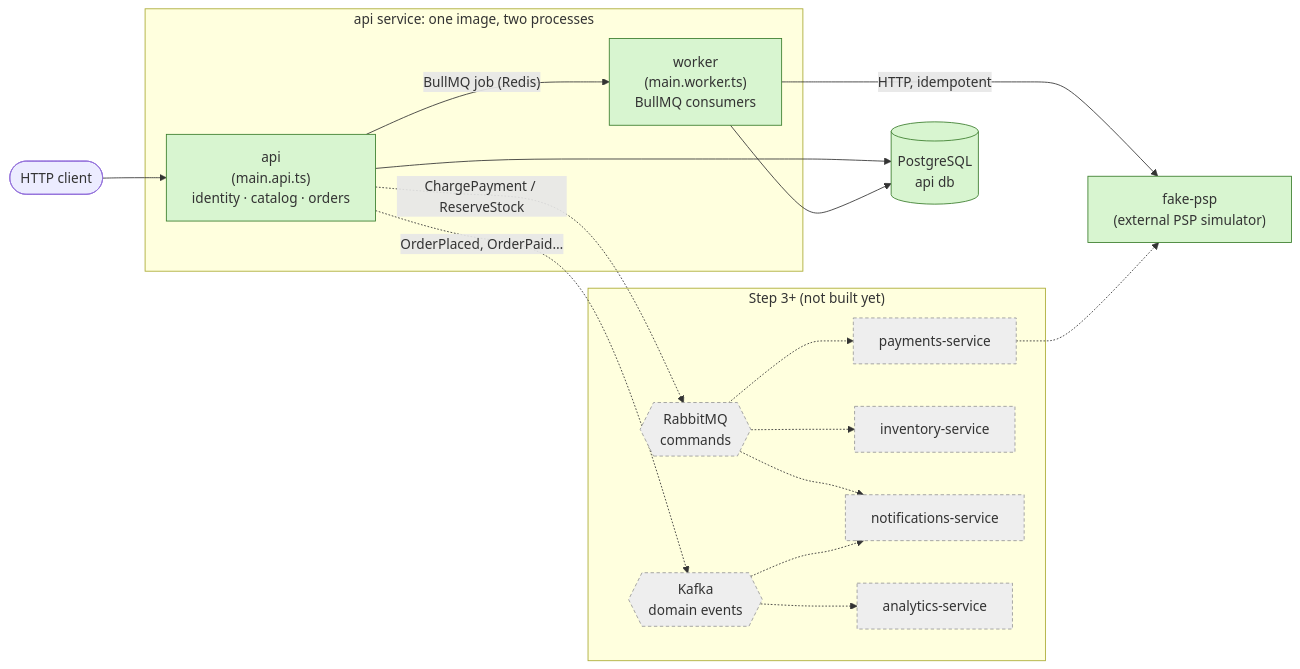
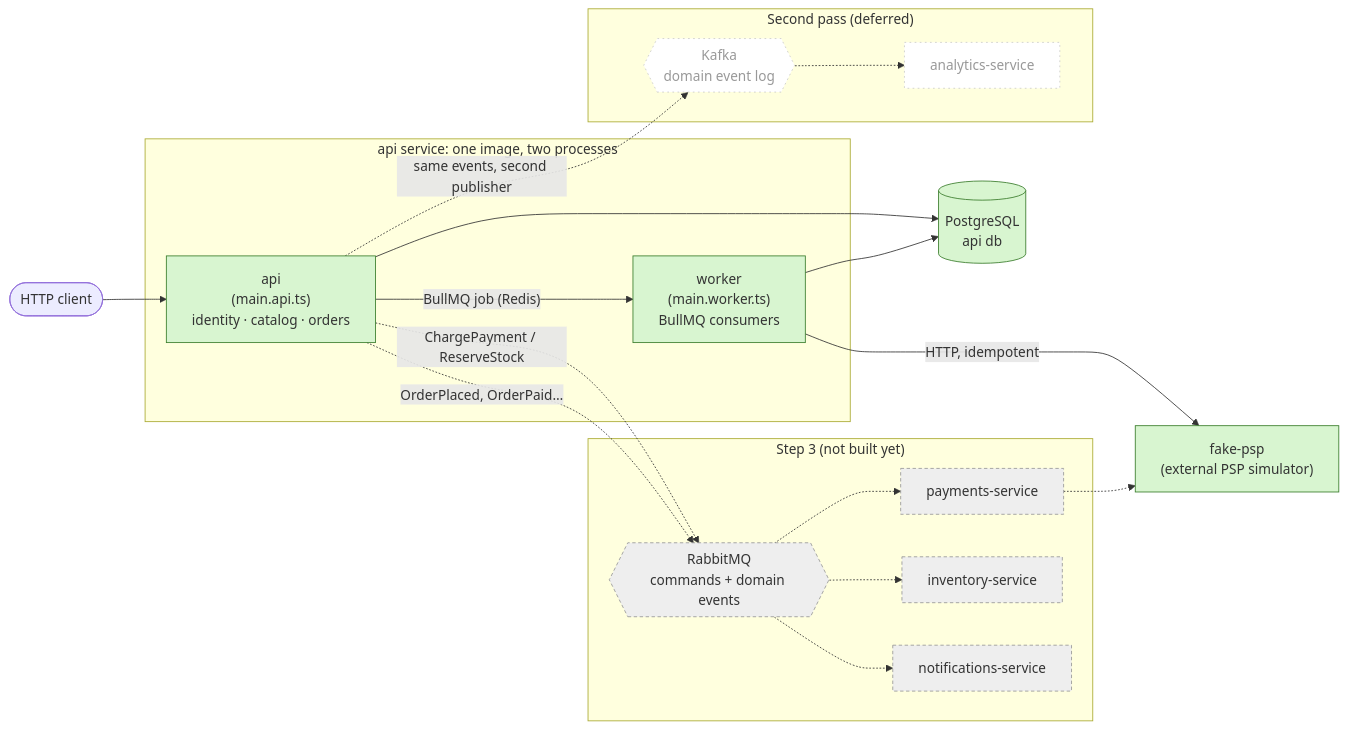
One commit to KarpAAA/order-management changed the first of 5 diagrams in docs/architecture.md. Above: the diagram before and after it, drawn with Mermaid. The commit also changed other lines of this file and 3 other files, not shown here.

Commit message:
docs: split the roadmap into a core pass and a second pass

````diff
--- a/docs/architecture.md
+++ b/docs/architecture.md
@@ -8,34 +8,40 @@
 ```mermaid
 flowchart LR
   client([HTTP client]) --> api
 
   subgraph apiSvc["api service: one image, two processes"]
     api["api<br/>(main.api.ts)<br/>identity · catalog · orders"]
     worker["worker<br/>(main.worker.ts)<br/>BullMQ consumers"]
   end
 
   api -- "BullMQ job (Redis)" --> worker
   api --> pg[("PostgreSQL<br/>api db")]
   worker --> pg
   worker -- "HTTP, idempotent" --> psp["fake-psp<br/>(external PSP simulator)"]
 
-  subgraph later["Step 3+ (not built yet)"]
+  subgraph later["Step 3 (not built yet)"]
     payments["payments-service"]
     inventory["inventory-service"]
     notifications["notifications-service"]
+    rabbit{{RabbitMQ<br/>commands + domain events}}
+  end
+
+  subgraph second["Second pass (deferred)"]
     analytics["analytics-service"]
-    rabbit{{RabbitMQ<br/>commands}}
-    kafka{{Kafka<br/>domain events}}
+    kafka{{Kafka<br/>domain event log}}
   end
 
   api -. "ChargePayment / ReserveStock" .-> rabbit
+  api -. "OrderPlaced, OrderPaid…" .-> rabbit
   rabbit -.-> payments & inventory & notifications
-  api -. "OrderPlaced, OrderPaid…" .-> kafka
-  kafka -.-> analytics & notifications
+  api -. "same events, second publisher" .-> kafka
+  kafka -.-> analytics
   payments -.-> psp
 
   classDef built fill:#d8f5d0,stroke:#3a7d2c;
   classDef future fill:#eee,stroke:#999,stroke-dasharray: 4 3;
+  classDef deferred fill:#fff,stroke:#ccc,stroke-dasharray: 2 4,color:#999;
   class api,worker,pg,psp built;
-  class payments,inventory,notifications,analytics,rabbit,kafka future;
+  class payments,inventory,notifications,rabbit future;
+  class analytics,kafka deferred;
 ```
````
